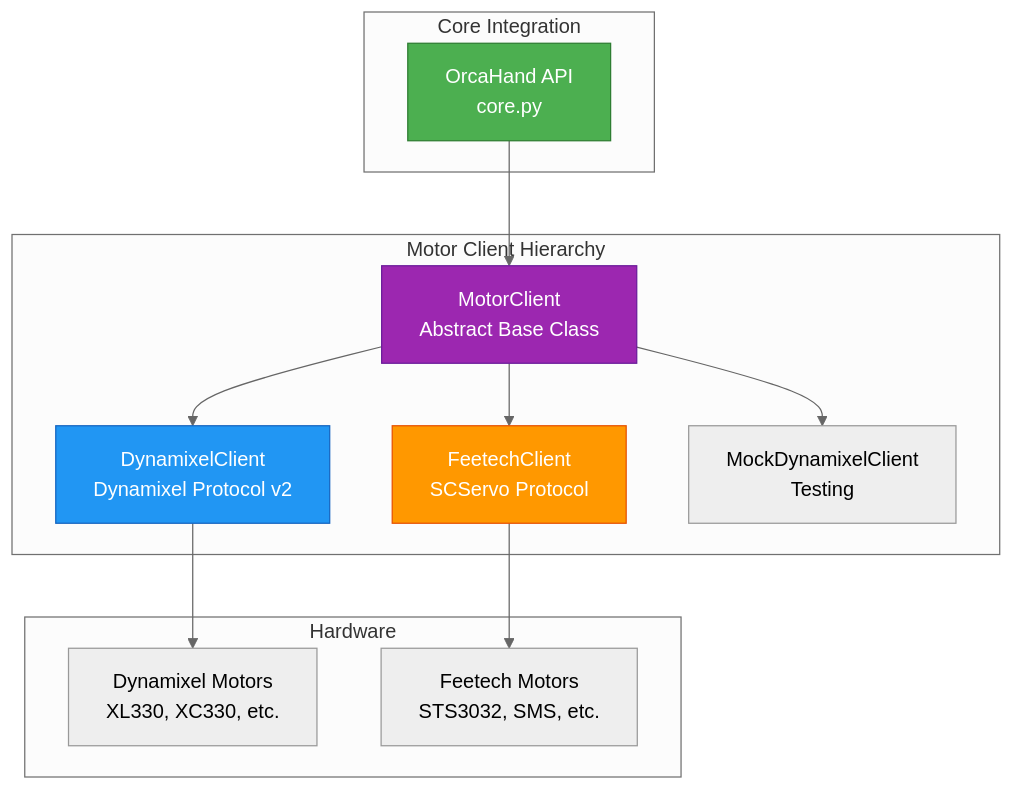
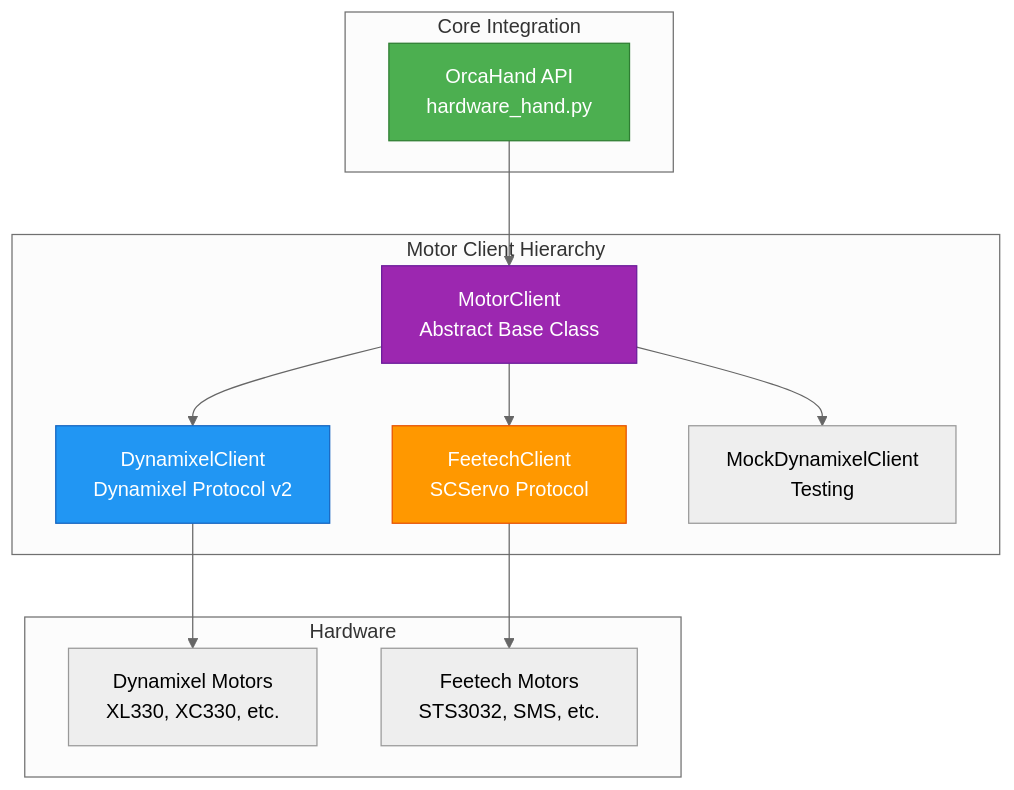
Before and after one commit to orcahand/orca_core: the first of 2 diagrams in docs/pages/orca-core-docs/motor-client-api.md, drawn with Mermaid (neutral theme). The commit also changed other lines of this file and 9 other files, not shown here.

````diff
--- a/docs/pages/orca-core-docs/motor-client-api.md
+++ b/docs/pages/orca-core-docs/motor-client-api.md
@@ -7,32 +7,32 @@
 ```mermaid
 graph TB
     subgraph "Motor Client Hierarchy"
         ABC[MotorClient<br/>Abstract Base Class]
         DYN[DynamixelClient<br/>Dynamixel Protocol v2]
         FEE[FeetechClient<br/>SCServo Protocol]
         MOCK[MockDynamixelClient<br/>Testing]
     end
 
     subgraph "Core Integration"
-        ORCA[OrcaHand API<br/>core.py]
+        ORCA[OrcaHand API<br/>hardware_hand.py]
     end
 
     subgraph "Hardware"
         DYN_HW[Dynamixel Motors<br/>XL330, XC330, etc.]
         FEE_HW[Feetech Motors<br/>STS3032, SMS, etc.]
     end
 
     ABC --> DYN
     ABC --> FEE
     ABC --> MOCK
 
     ORCA --> ABC
 
     DYN --> DYN_HW
     FEE --> FEE_HW
 
     style ABC fill:#9C27B0,stroke:#6A1B9A,color:#fff
     style ORCA fill:#4CAF50,stroke:#2E7D32,color:#fff
     style DYN fill:#2196F3,stroke:#1565C0,color:#fff
     style FEE fill:#FF9800,stroke:#E65100,color:#fff
 ```
````
